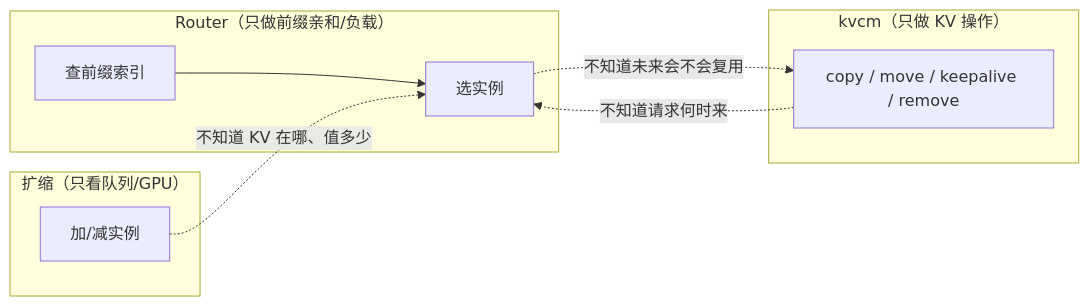
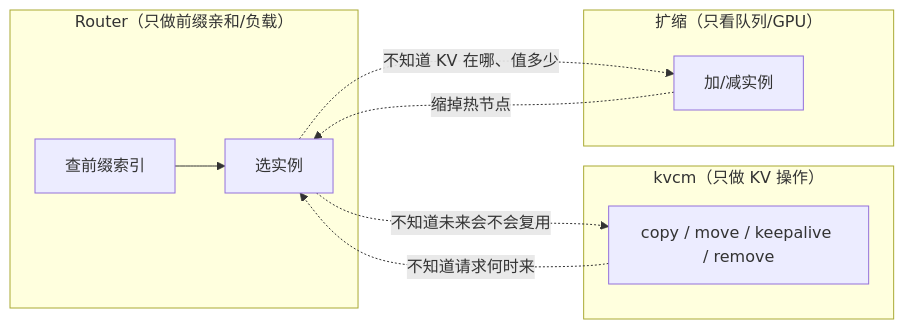
The second of 14 diagrams in kvcm/design/D8-joint-scheduling.md (5x8-40/lake), drawn with Mermaid before and after one commit. The commit also changed other lines of this file and 5 other files, not shown here.

````diff
--- a/kvcm/design/D8-joint-scheduling.md
+++ b/kvcm/design/D8-joint-scheduling.md
@@ -28,17 +120,16 @@
 ```mermaid
 flowchart LR
     subgraph R["Router（只做前缀亲和/负载）"]
-        R1["查前缀索引"]
-        R2["选实例"]
+        R1["查前缀索引"] --> R2["选实例"]
     end
     subgraph K["kvcm（只做 KV 操作）"]
         K1["copy / move / keepalive / remove"]
     end
     subgraph A["扩缩（只看队列/GPU）"]
         A1["加/减实例"]
     end
-    R1 --> R2
+    R2 -.->|"不知道未来会不会复用"| K1
     K1 -.->|"不知道请求何时来"| R2
-    A1 -.->|"不知道 KV 在哪、值多少"| R2
-    R2 -.->|"不知道未来会不会复用"| K1
+    R2 -.->|"不知道 KV 在哪、值多少"| A1
+    A1 -.->|"缩掉热节点"| R2
 ```
````
